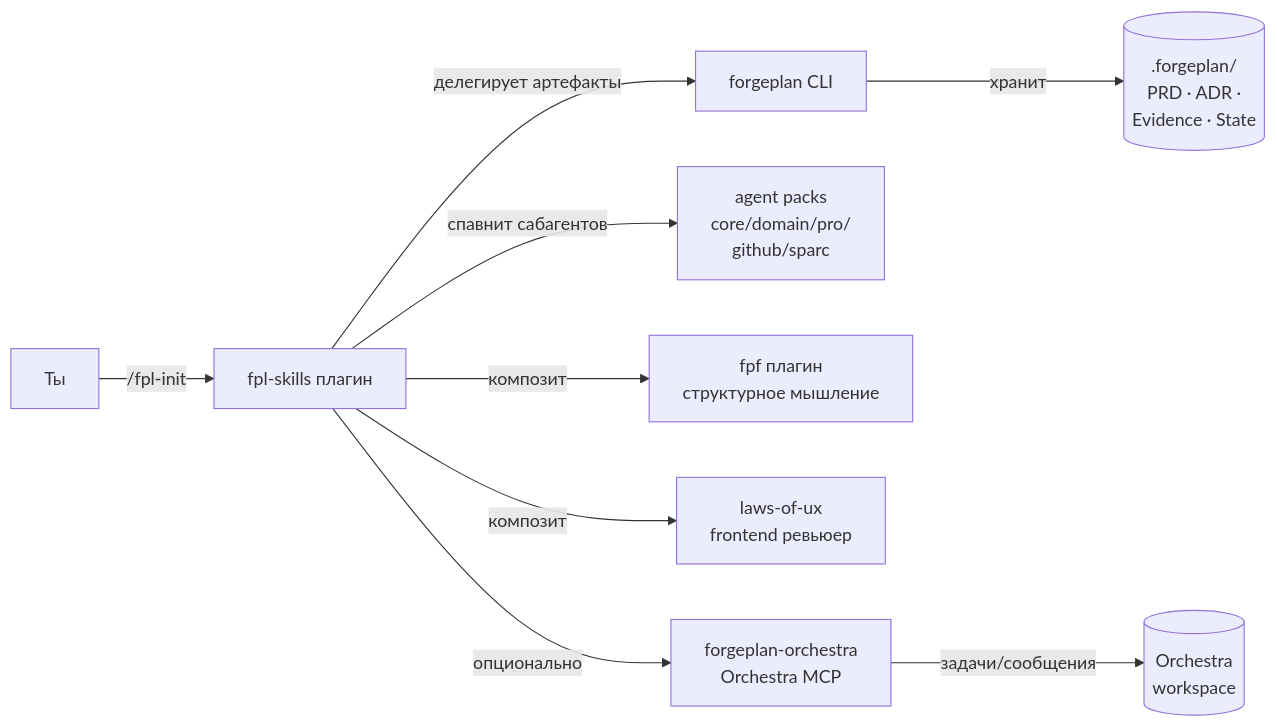
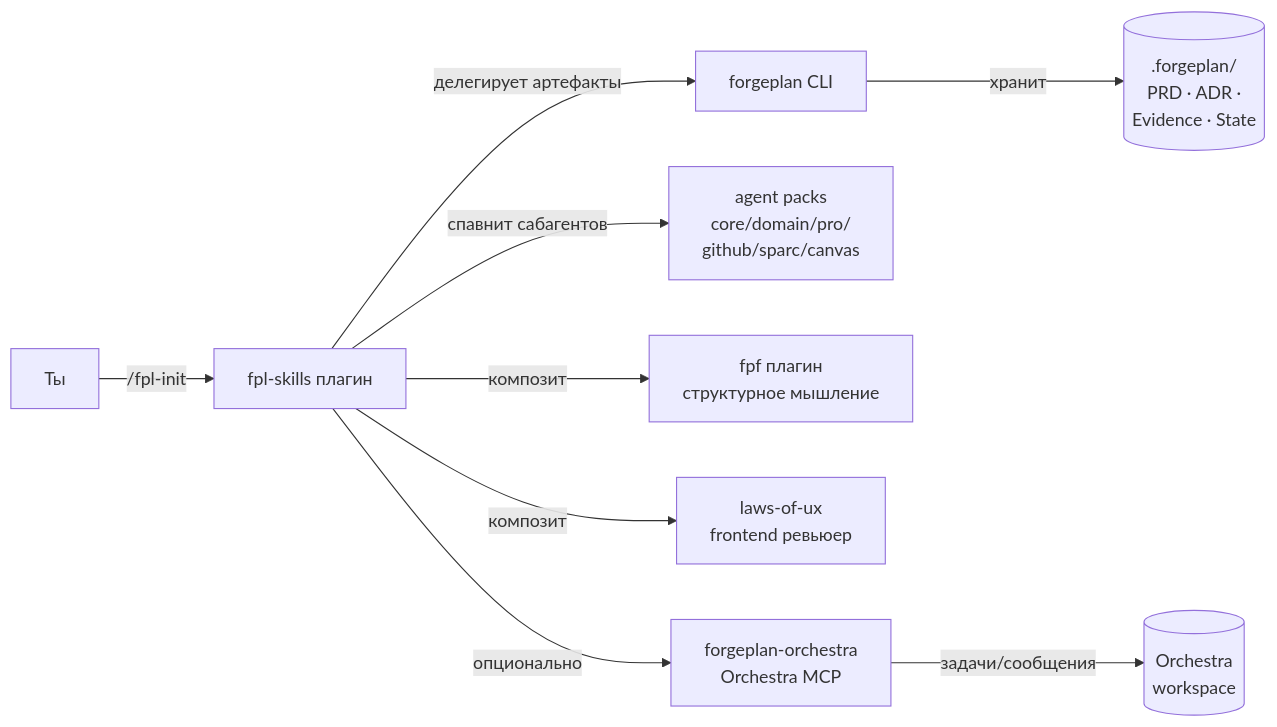
One commit to ForgePlan/marketplace changed the diagram in docs/DEVELOPER-JOURNEY-RU.md. Above: the diagram before and after it, drawn with Mermaid. The commit also changed other lines of this file and 24 other files, not shown here.

First line of the commit message:
docs(canvas): CANVAS-completeness sync across marketplace docs + onboarding + methodology lists (fpl-skills v1.50.2)

````diff
--- a/docs/DEVELOPER-JOURNEY-RU.md
+++ b/docs/DEVELOPER-JOURNEY-RU.md
@@ -34,11 +34,11 @@
 ```mermaid
 flowchart LR
     you[Ты] -->|/fpl-init| fpl[fpl-skills плагин]
     fpl -->|делегирует артефакты| forgeplan[forgeplan CLI]
-    fpl -->|спавнит сабагентов| packs[agent packs<br/>core/domain/pro/<br/>github/sparc]
+    fpl -->|спавнит сабагентов| packs[agent packs<br/>core/domain/pro/<br/>github/sparc/canvas]
     fpl -->|композит| fpf[fpf плагин<br/>структурное мышление]
     fpl -->|композит| ux[laws-of-ux<br/>frontend ревьюер]
     forgeplan -->|хранит| fp[(.forgeplan/<br/>PRD · ADR ·<br/>Evidence · State)]
     fpl -->|опционально| orchestra[forgeplan-orchestra<br/>Orchestra MCP]
     orchestra -->|задачи/сообщения| orch[(Orchestra<br/>workspace)]
 ```
````
